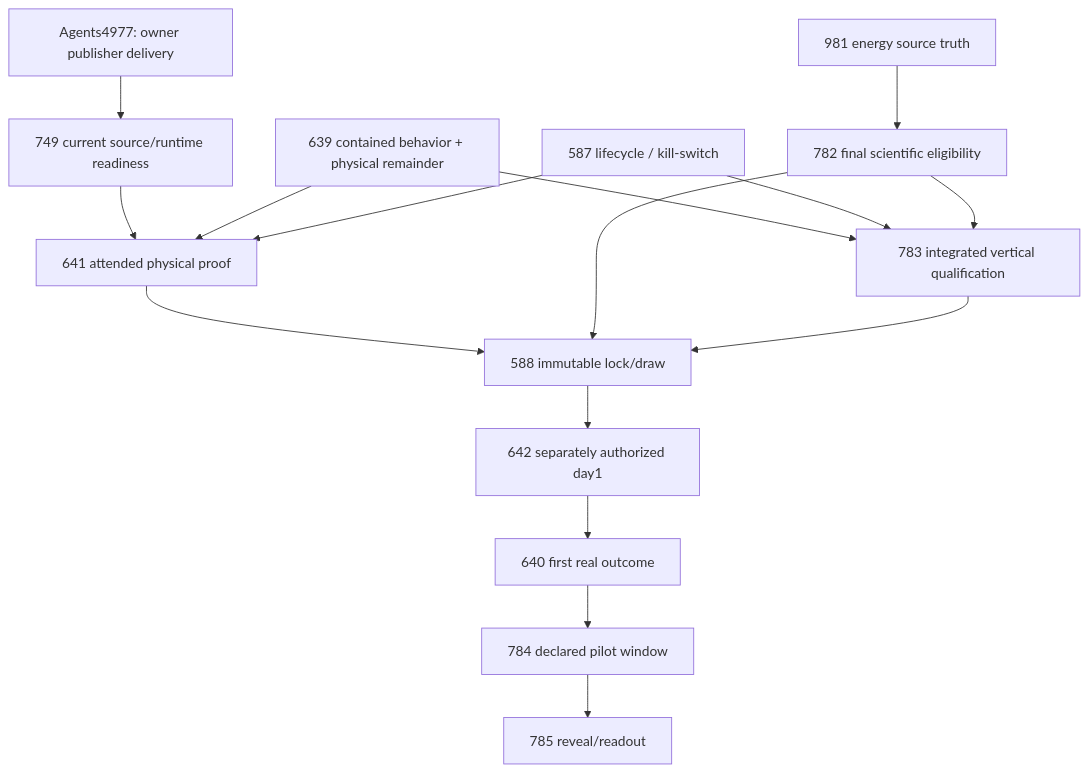
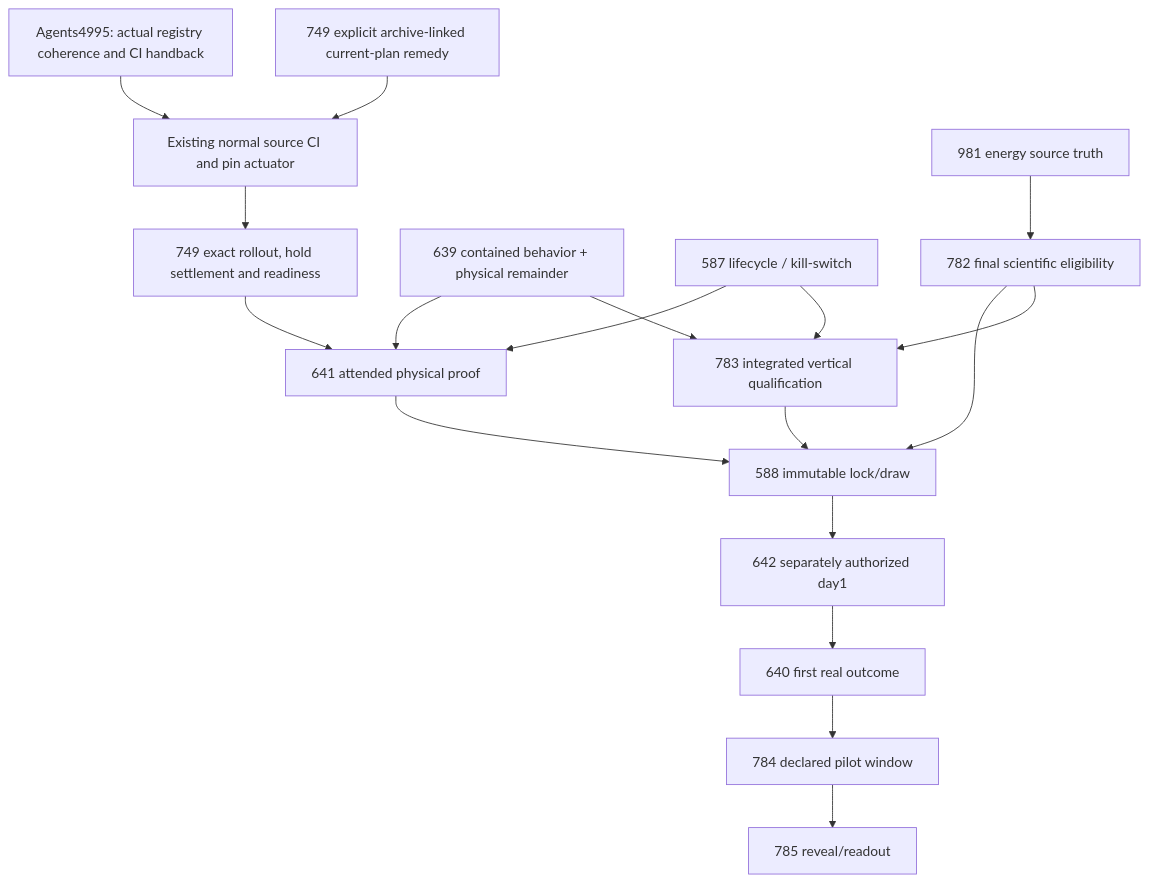
One commit to VerdifyConsultancy/verdify-platform changed the diagram in planning/reviews/2026-10-17/DEPENDENCIES.md. Above: the diagram before and after it, drawn with Mermaid. The commit also changed other lines of this file and 10 other files, not shown here.

Commit message:
docs: advance 749 through explicit archived-plan recovery

````diff
--- a/planning/reviews/2026-10-17/DEPENDENCIES.md
+++ b/planning/reviews/2026-10-17/DEPENDENCIES.md
@@ -7,18 +7,20 @@
 ```mermaid
 flowchart TD
-  publisher["Agents4977: owner publisher delivery"] --> i749["749 current source/runtime readiness"]
+  repair["749 explicit archive-linked current-plan remedy"] --> delivery["Existing normal source CI and pin actuator"]
+  registry["Agents4995: actual registry coherence and CI handback"] --> delivery
+  delivery --> i749["749 exact rollout, hold settlement and readiness"]
   i639["639 contained behavior + physical remainder"] --> i783["783 integrated vertical qualification"]
   i587["587 lifecycle / kill-switch"] --> i783
   i981["981 energy source truth"] --> i782["782 final scientific eligibility"]
   i782 --> i783
   i749 --> i641["641 attended physical proof"]
   i639 --> i641
   i587 --> i641
   i641 --> i588["588 immutable lock/draw"]
   i782 --> i588
   i783 --> i588
   i588 --> i642["642 separately authorized day1"]
   i642 --> i640["640 first real outcome"]
   i640 --> i784["784 declared pilot window"]
   i784 --> i785["785 reveal/readout"]
 ```
````
